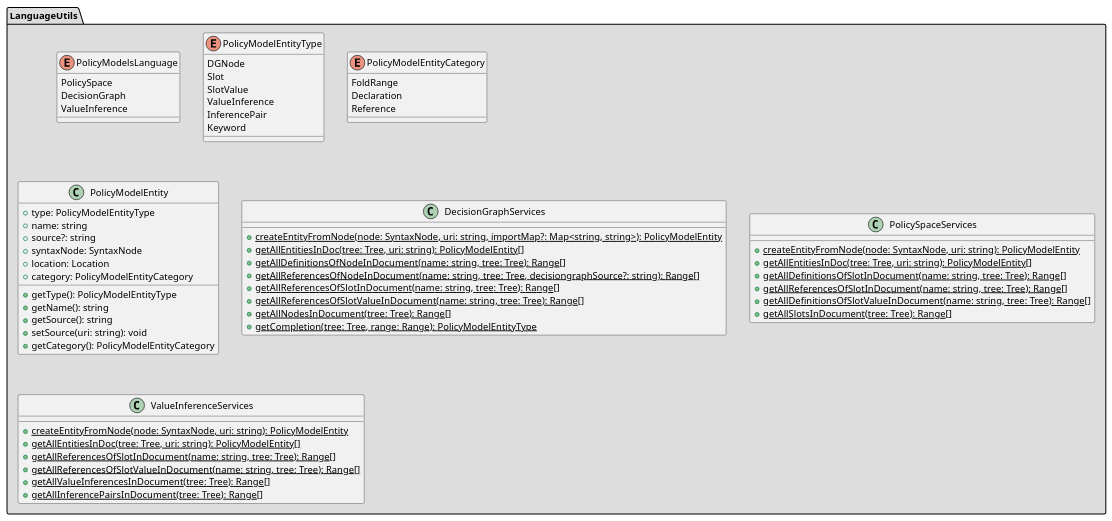
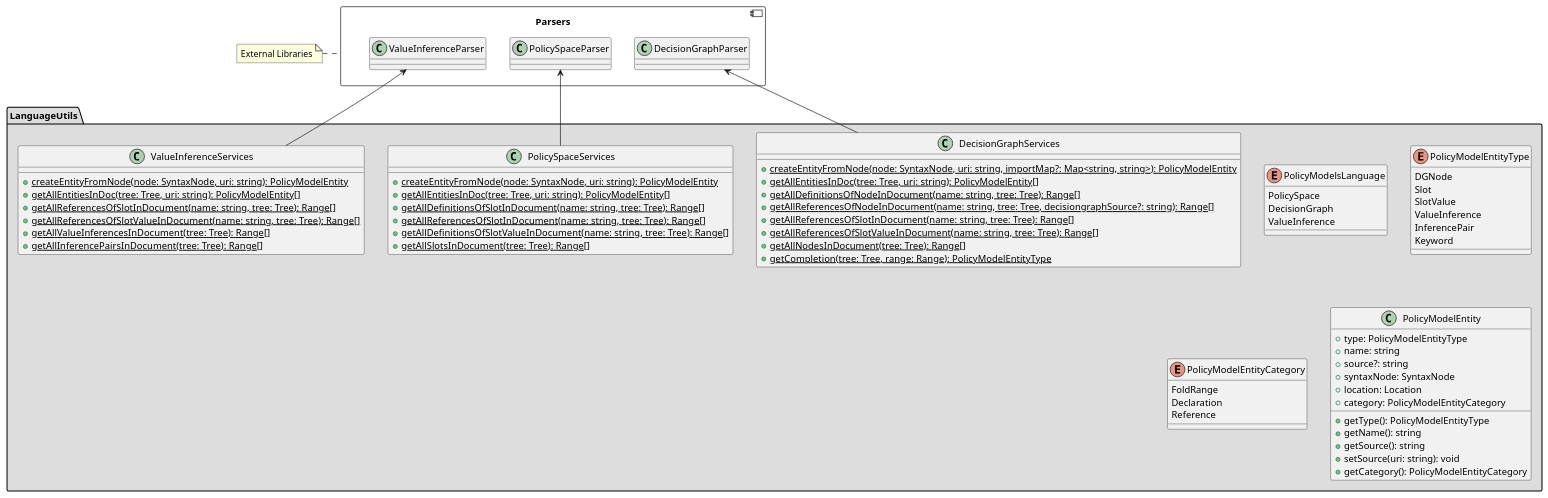
One commit to wolfj123/PolicyModelsPlugin changed the diagram in plugin/diagrams/server/LanguageUtils.puml. Above: the diagram before and after it, drawn with PlantUML. The commit also changed 2 other files, not shown here.

```diff
--- a/plugin/diagrams/server/LanguageUtils.puml
+++ b/plugin/diagrams/server/LanguageUtils.puml
@@ -1,66 +1,80 @@
 @startuml
 
 'skinparam style strictuml
-'top to bottom direction
+top to bottom direction
+allowmixing
 
 package LanguageUtils #DDDDDD {
     enum PolicyModelsLanguage {
         PolicySpace
         DecisionGraph
         ValueInference
     }
     enum PolicyModelEntityType {
         DGNode
         Slot
         SlotValue
         ValueInference
         InferencePair
         Keyword
     }
     enum PolicyModelEntityCategory {
         FoldRange
         Declaration
         Reference
     }
     class PolicyModelEntity {
         +type: PolicyModelEntityType
         +name: string
         +source?: string
         +syntaxNode: SyntaxNode
         +location: Location
         +category: PolicyModelEntityCategory
         +getType(): PolicyModelEntityType
         +getName(): string
         +getSource(): string
         +setSource(uri: string): void
         +getCategory(): PolicyModelEntityCategory
     }
     class DecisionGraphServices {
         +{static} createEntityFromNode(node: SyntaxNode, uri: string, importMap?: Map<string, string>): PolicyModelEntity
         +{static} getAllEntitiesInDoc(tree: Tree, uri: string): PolicyModelEntity[]
         +{static} getAllDefinitionsOfNodeInDocument(name: string, tree: Tree): Range[]
         +{static} getAllReferencesOfNodeInDocument(name: string, tree: Tree, decisiongraphSource?: string): Range[]
         +{static} getAllReferencesOfSlotInDocument(name: string, tree: Tree): Range[]
         +{static} getAllReferencesOfSlotValueInDocument(name: string, tree: Tree): Range[]
         +{static} getAllNodesInDocument(tree: Tree): Range[]
         +{static} getCompletion(tree: Tree, range: Range): PolicyModelEntityType
     }
     class PolicySpaceServices {
         +{static} createEntityFromNode(node: SyntaxNode, uri: string): PolicyModelEntity
         +{static} getAllEntitiesInDoc(tree: Tree, uri: string): PolicyModelEntity[]
         +{static} getAllDefinitionsOfSlotInDocument(name: string, tree: Tree): Range[]
         +{static} getAllReferencesOfSlotInDocument(name: string, tree: Tree): Range[]
         +{static} getAllDefinitionsOfSlotValueInDocument(name: string, tree: Tree): Range[]
         +{static} getAllSlotsInDocument(tree: Tree): Range[]
     }
     class ValueInferenceServices {
         +{static} createEntityFromNode(node: SyntaxNode, uri: string): PolicyModelEntity
         +{static} getAllEntitiesInDoc(tree: Tree, uri: string): PolicyModelEntity[]
         +{static} getAllReferencesOfSlotInDocument(name: string, tree: Tree): Range[]
         +{static} getAllReferencesOfSlotValueInDocument(name: string, tree: Tree): Range[]
         +{static} getAllValueInferencesInDocument(tree: Tree): Range[]
         +{static} getAllInferencePairsInDocument(tree: Tree): Range[]
     }
 }
 
+component Parsers {
+    class DecisionGraphParser
+    class PolicySpaceParser
+    class ValueInferenceParser
+}
+
+note "External Libraries" as n_ext
+n_ext .right. Parsers
+
+DecisionGraphServices -up-> DecisionGraphParser
+PolicySpaceServices -up-> PolicySpaceParser
+ValueInferenceServices -up-> ValueInferenceParser
+
 @enduml
```
